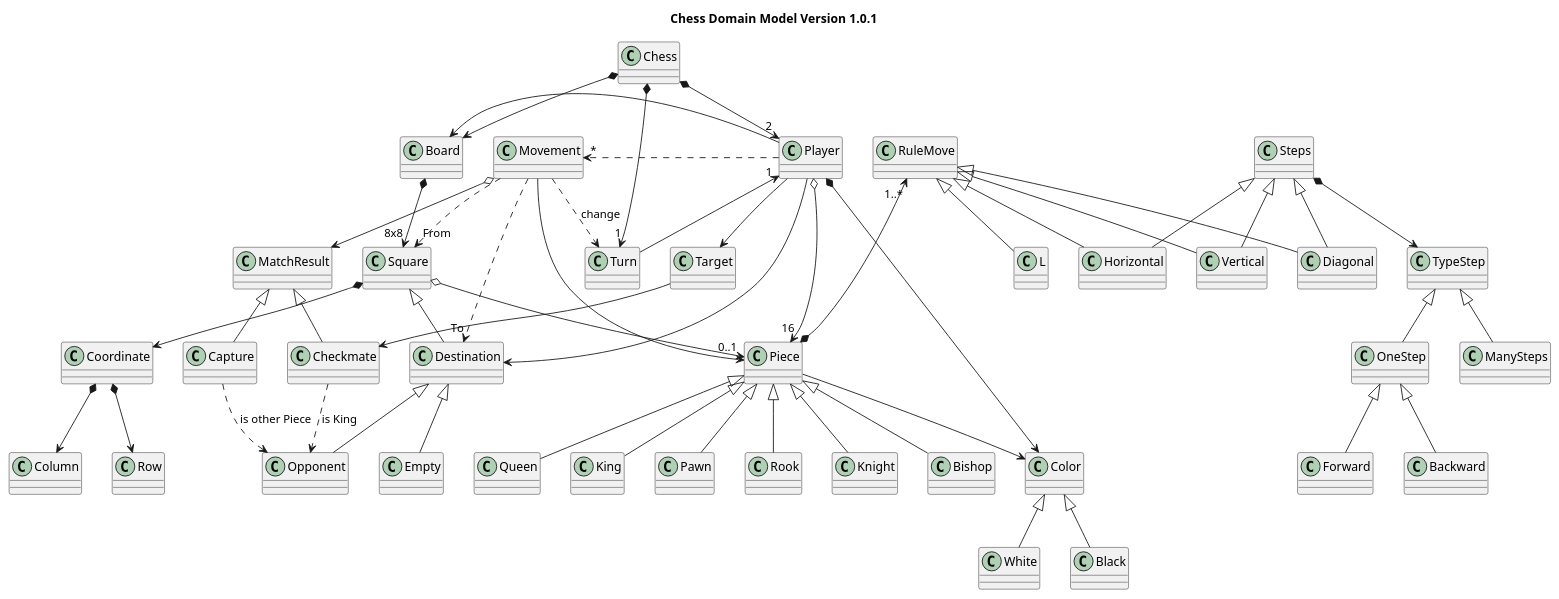
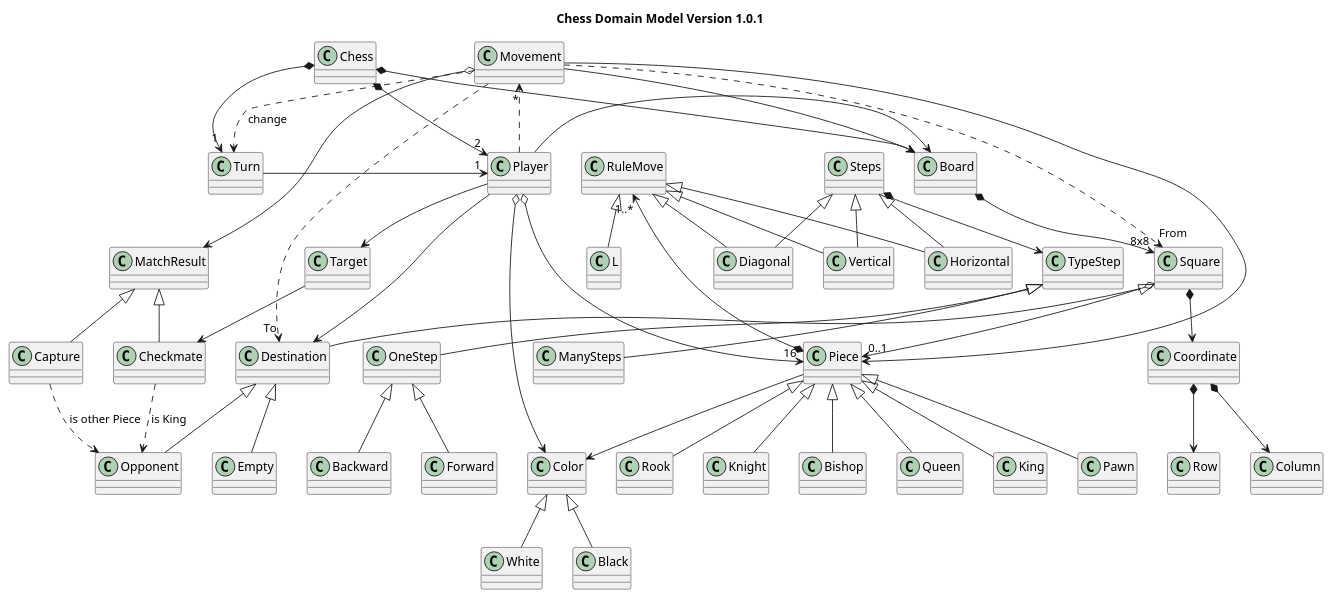
The diagram in uml/kodenix/chess-domainmodel.puml (japc78/escuelait-masterds-02-poo-chess), drawn with PlantUML before and after one commit. The commit also changed 9 other files, not shown here.

```diff
--- a/uml/kodenix/chess-domainmodel.puml
+++ b/uml/kodenix/chess-domainmodel.puml
@@ -1,132 +1,133 @@
 @startuml ChessDomainModel_v1_0_1
 
 	title Chess Domain Model Version 1.0.1
 
 	class Chess
 	
 	
 	
     class Square
 	class Empty
 	class Opponent
     
     class Coordinate
     
 	together {
 		class Player	
 		class RuleMove
 	
 	}
 	
 		class Board
 		class Piece
 		
 	
 
 	
 		class Movement
 		class Turn
 		class RuleMove
 	
 	
 	class Pawn
 	class Rook
 	class Knight
 	class Bishop
 	class Queen
 	class King
 	class Color
 	class White
 	class Black
 	
 	
 	class Checkmate
 	class Capture
 
 	class Target
 	class Steps
 	class TypeStep
 	class OneStep
 	class Forward
 	class Backward
 	class ManySteps
 	class Destination
 	class Checkmate
 
 	Chess *--> "1" Turn
 	Chess *--> Board
 	Chess *--> "2" Player
 	Turn --> "1" Player
 
     Board *--> "8x8" Square
 
 	Player ..> "*" Movement
-	Player *--> Color
+	Player o--> Color
 	Player o--> "16" Piece
 	Player --> Destination
 	Player --> Board
 
 	/'Player *-- King
 	Player *-- Queen
 	Player *-- "2" Bishop
 	Player *-- "2" Knight
 	Player *-- "2" Rook
 	Player *-- "8" Pawn
 	'/
 	Player --> Target
 	Target --> Checkmate
 
 	Color <|-- White
 	Color <|-- Black
 
 	Piece *--> "1..*" RuleMove
 	Piece <|-- Pawn
 	Piece <|-- Bishop
 	Piece <|-- Knight
 	Piece <|-- Rook
 	Piece <|-- Queen
 	Piece <|-- King
 
 	Piece --> Color
 
 	Movement ..> Turn : change
 	Movement ..> "To" Destination
     Movement ..> "From" Square
 	Movement --> Piece
 	Movement o--> MatchResult
+	Movement --> Board
 
 	MatchResult ^-- Checkmate
 	MatchResult ^-- Capture
 	Checkmate ..>  Opponent : "is King"
 	Capture ..>  Opponent : "is other Piece"
 
 	Square o--> "0..1" Piece
     Square <|-- Destination
     Square *--> Coordinate
 
 	Coordinate *--> Row
 	Coordinate *--> Column
 
 	Destination <|-- Empty
 	Destination <|-- Opponent
 	'Opponent <|-- Target
 	'Target --> King	
 
 	RuleMove <|-- Horizontal
 	RuleMove <|-- Vertical
 	RuleMove <|-- Diagonal
 	RuleMove <|-- L
 
 	
 	Steps *--> TypeStep
 	TypeStep ^-- OneStep
 		OneStep ^-- Forward
 		OneStep ^-- Backward
 	TypeStep ^-- ManySteps
 	Steps ^-- Horizontal
 	Steps ^-- Vertical
 	Steps ^-- Diagonal
 
 	
 
 @enduml
```
